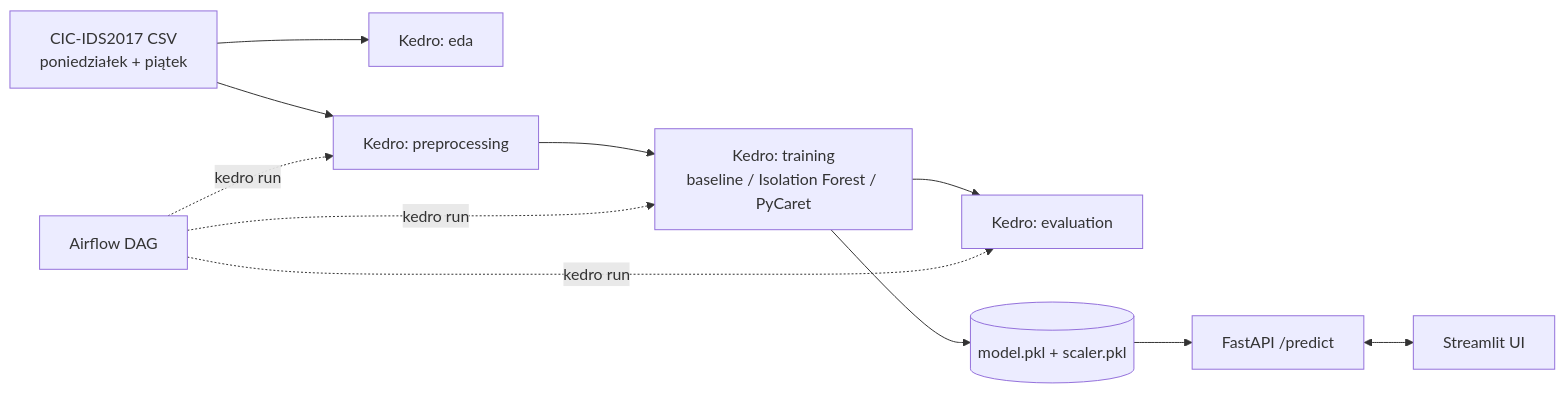
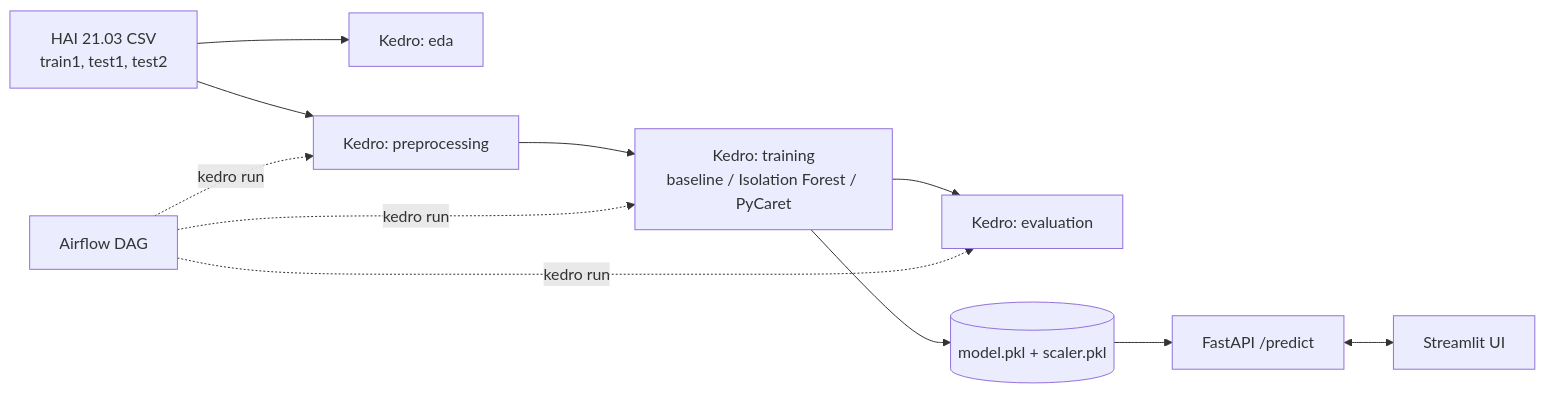
The diagram in docs/architecture.md (ASI-PJATK-PK/ai_project_s28129), drawn with Mermaid before and after one commit. The commit also changed other lines of this file and 4 other files, not shown here.

````diff
--- a/docs/architecture.md
+++ b/docs/architecture.md
@@ -7,11 +7,11 @@
 ```mermaid
 flowchart LR
-    A[CIC-IDS2017 CSV<br/>poniedziałek + piątek] --> B[Kedro: eda]
+    A[HAI 21.03 CSV<br/>train1, test1, test2] --> B[Kedro: eda]
     A --> C[Kedro: preprocessing]
     C --> D[Kedro: training<br/>baseline / Isolation Forest / PyCaret]
     D --> E[Kedro: evaluation]
     D --> F[(model.pkl + scaler.pkl)]
     F --> G[FastAPI /predict]
     G <--> H[Streamlit UI]
     I[Airflow DAG] -.->|kedro run| C & D & E
 ```
````
